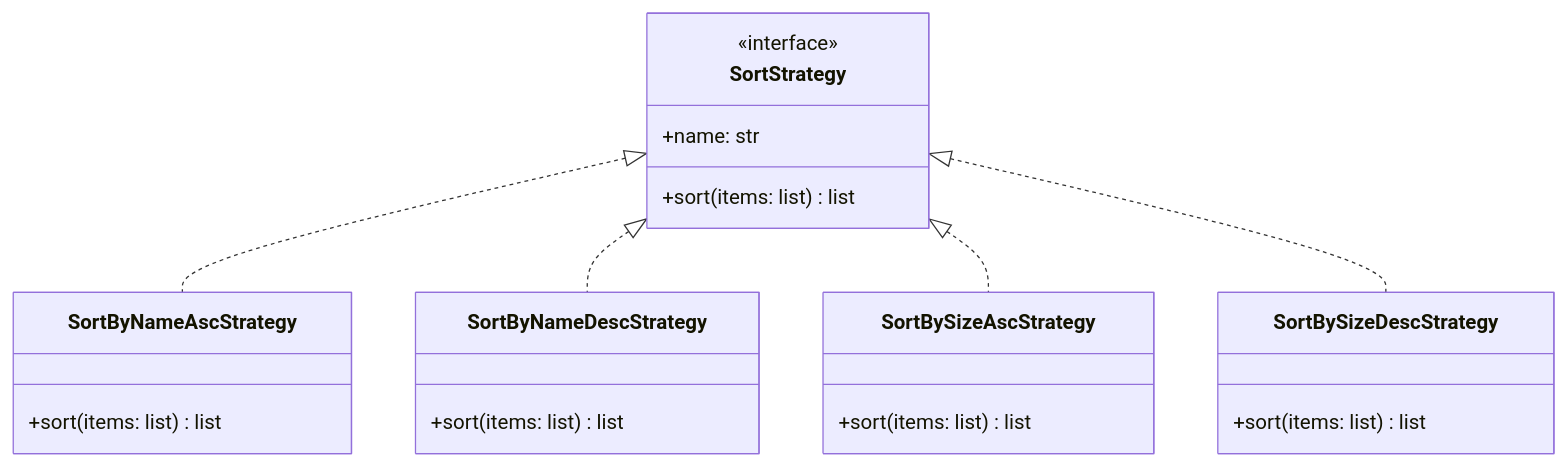
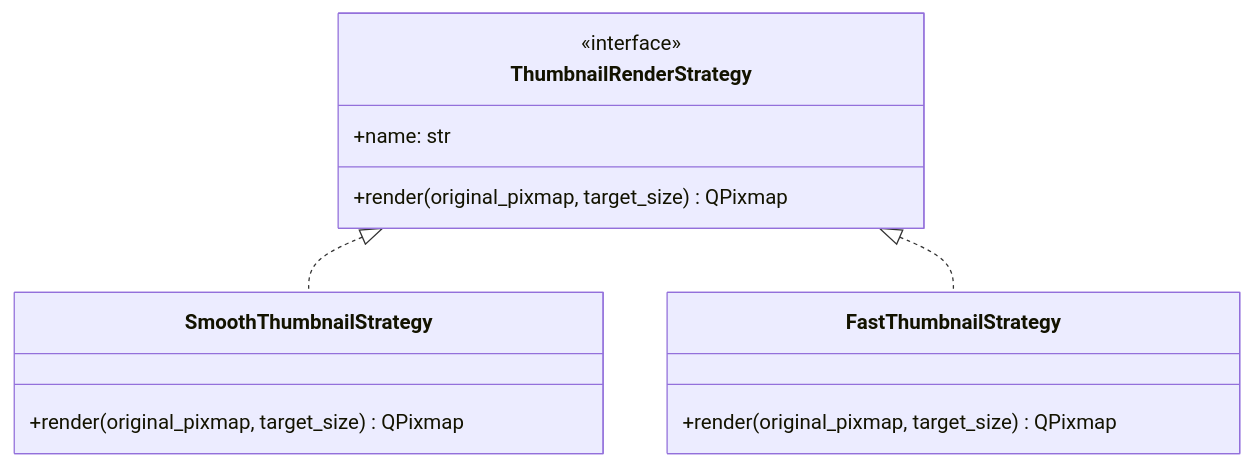
Before and after one commit to gustavosilverio/organizador-imagens: the third of 4 diagrams in README.md, drawn with Mermaid. The commit also changed other lines of this file and 13 other files, not shown here.

````diff
--- a/README.md
+++ b/README.md
@@ -126,25 +120,17 @@
 ```mermaid
 classDiagram
-    class SortStrategy {
+    class ThumbnailRenderStrategy {
         <<interface>>
         +name: str
-        +sort(items: list) list
+        +render(original_pixmap, target_size) QPixmap
     }
-    class SortByNameAscStrategy {
-        +sort(items: list) list
+    class SmoothThumbnailStrategy {
+        +render(original_pixmap, target_size) QPixmap
     }
-    class SortByNameDescStrategy {
-        +sort(items: list) list
-    }
-    class SortBySizeAscStrategy {
-        +sort(items: list) list
-    }
-    class SortBySizeDescStrategy {
-        +sort(items: list) list
+    class FastThumbnailStrategy {
+        +render(original_pixmap, target_size) QPixmap
     }
 
-    SortStrategy <|.. SortByNameAscStrategy
-    SortStrategy <|.. SortByNameDescStrategy
-    SortStrategy <|.. SortBySizeAscStrategy
-    SortStrategy <|.. SortBySizeDescStrategy
+    ThumbnailRenderStrategy <|.. SmoothThumbnailStrategy
+    ThumbnailRenderStrategy <|.. FastThumbnailStrategy
 ```
````
